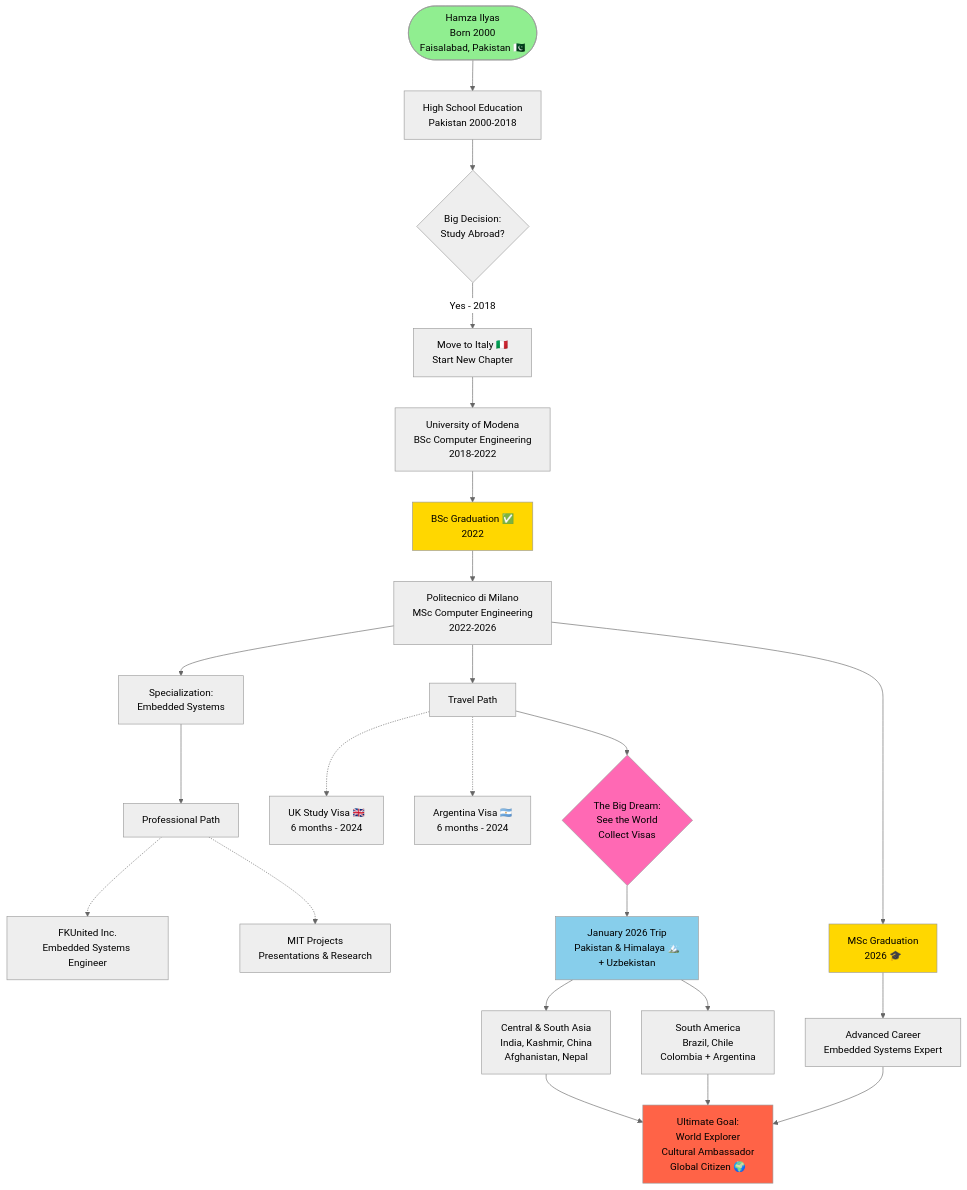
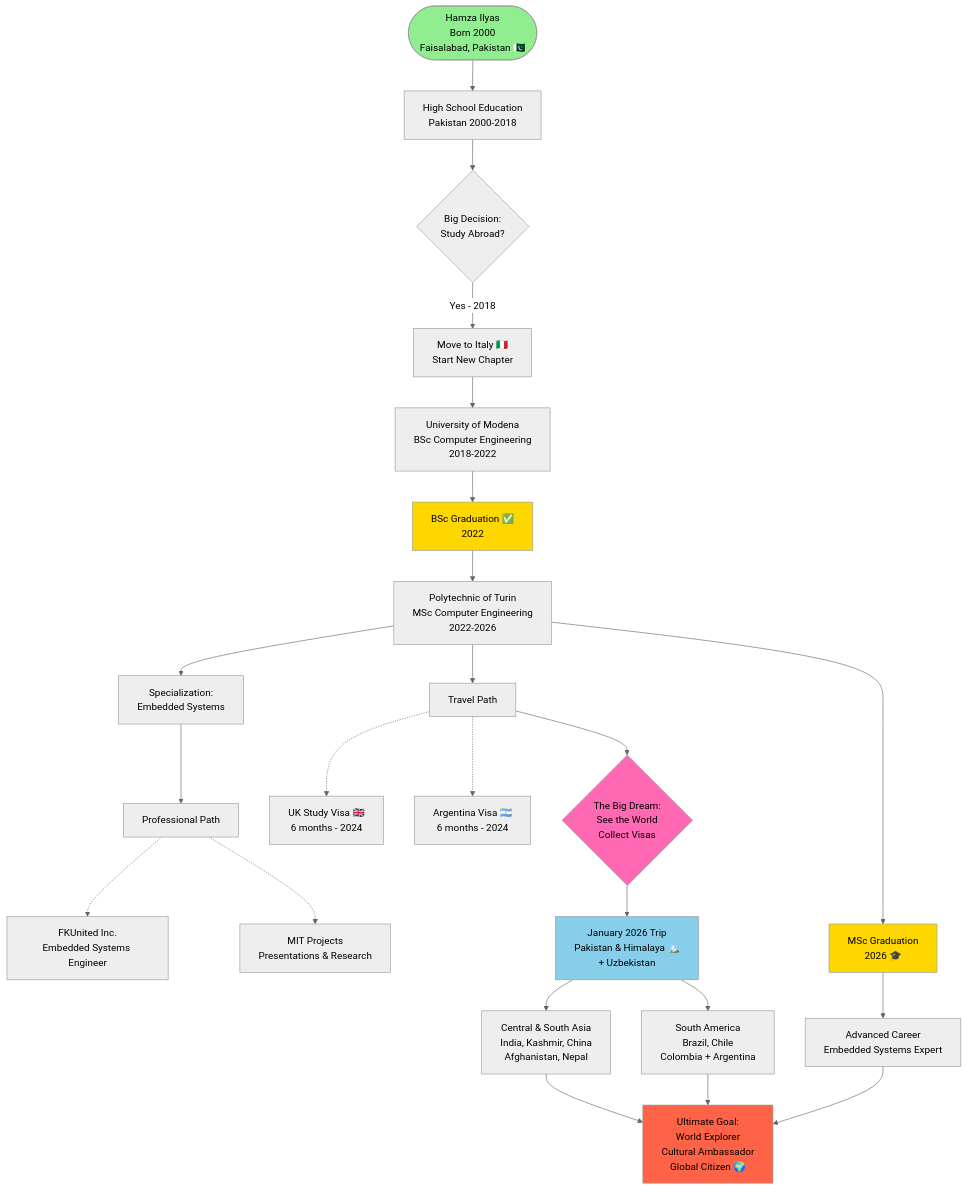
Before and after one commit to hamsta25/Himalaya: the second of 7 diagrams in diagrams/life-journey.md, drawn with Mermaid (neutral theme). The commit also changed other lines of this file and 10 other files, not shown here.

Commit message:
Update university name to Polytechnic of Turin and correct professional roles

````diff
--- a/diagrams/life-journey.md
+++ b/diagrams/life-journey.md
@@ -70,50 +70,50 @@
 ```mermaid
 graph TB
     Start([Hamza Ilyas<br/>Born 2000<br/>Faisalabad, Pakistan 🇵🇰])
     
     Start --> HighSchool[High School Education<br/>Pakistan 2000-2018]
     
     HighSchool --> ItalyMove{Big Decision:<br/>Study Abroad?}
     ItalyMove -->|Yes - 2018| Italy[Move to Italy 🇮🇹<br/>Start New Chapter]
     
     Italy --> UniMORE[University of Modena<br/>BSc Computer Engineering<br/>2018-2022]
     
     UniMORE --> BScComplete[BSc Graduation ✅<br/>2022]
     
-    BScComplete --> Poly[Politecnico di Milano<br/>MSc Computer Engineering<br/>2022-2026]
+    BScComplete --> Poly[Polytechnic of Turin<br/>MSc Computer Engineering<br/>2022-2026]
     
     Poly --> Embedded[Specialization:<br/>Embedded Systems]
     
     parallel1[Professional Path] -.-> FKUnited[FKUnited Inc.<br/>Embedded Systems Engineer]
     parallel1 -.-> Projects[MIT Projects<br/>Presentations & Research]
     
     Embedded --> parallel1
     
     parallel2[Travel Path] -.-> UKVisa[UK Study Visa 🇬🇧<br/>6 months - 2024]
     parallel2 -.-> ArgVisa[Argentina Visa 🇦🇷<br/>6 months - 2024]
     
     Poly --> parallel2
     
     parallel2 --> Dream{The Big Dream:<br/>See the World<br/>Collect Visas}
     
     Dream --> Jan2026[January 2026 Trip<br/>Pakistan & Himalaya 🏔️<br/>+ Uzbekistan]
     
     Jan2026 --> FutureAsia[Central & South Asia<br/>India, Kashmir, China<br/>Afghanistan, Nepal]
     
     Jan2026 --> FutureSA[South America<br/>Brazil, Chile<br/>Colombia + Argentina]
     
     FutureAsia --> Ultimate[Ultimate Goal:<br/>World Explorer<br/>Cultural Ambassador<br/>Global Citizen 🌍]
     
     FutureSA --> Ultimate
     
     Poly --> MScGrad[MSc Graduation<br/>2026 🎓]
     MScGrad --> Career[Advanced Career<br/>Embedded Systems Expert]
     Career --> Ultimate
     
     style Start fill:#90EE90
     style BScComplete fill:#FFD700
     style Dream fill:#FF69B4
     style Ultimate fill:#FF6347
     style Jan2026 fill:#87CEEB
     style MScGrad fill:#FFD700
 ```
````
